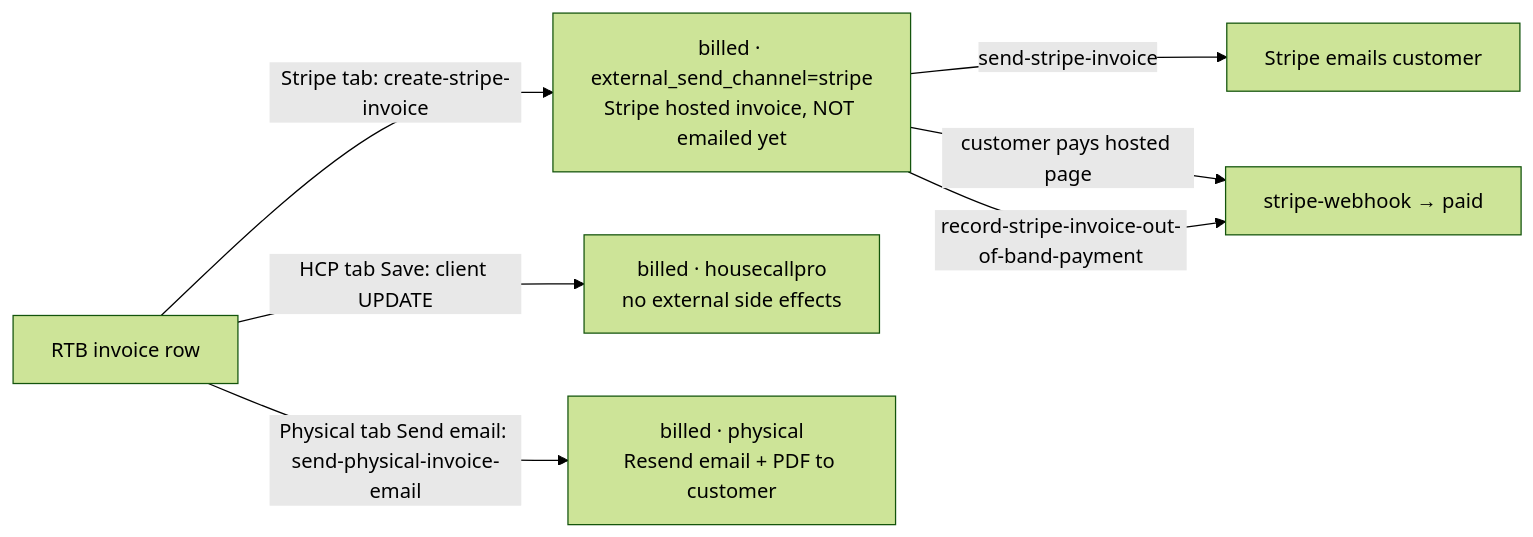
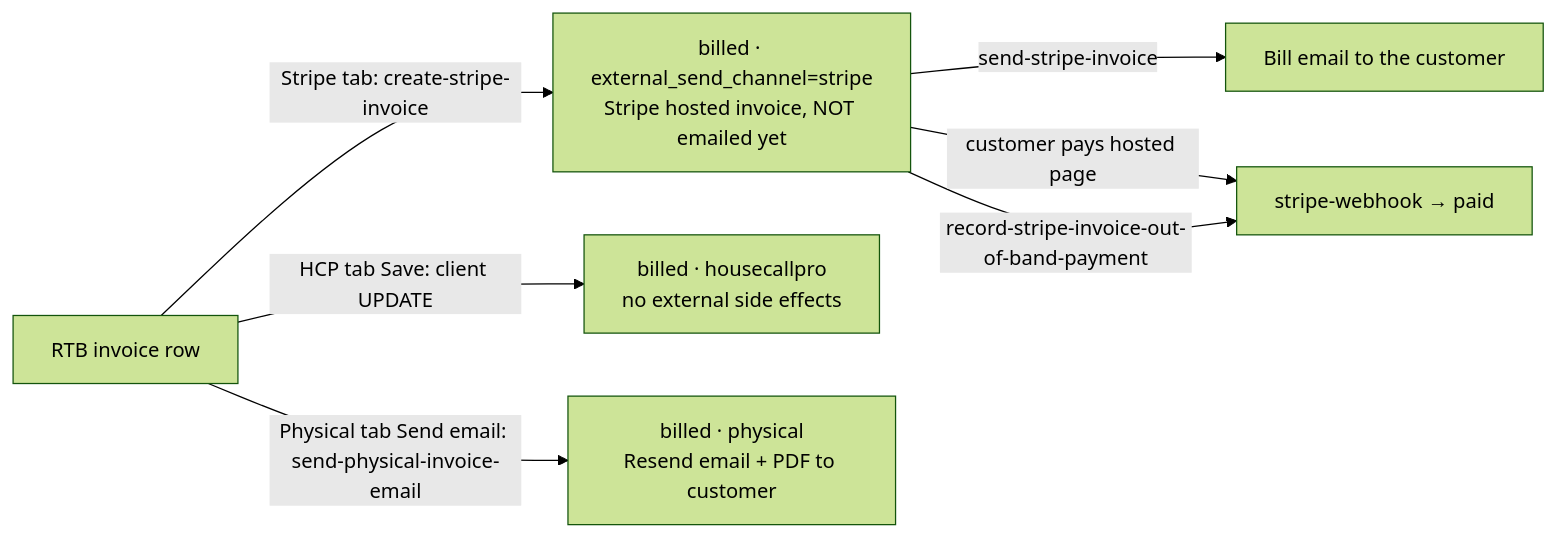
One commit to clickconstruction/pipetooling.github.io changed the second of 2 diagrams in docs/BILLING_FLOWS.md. Above: the diagram before and after it, drawn with Mermaid (forest theme). The commit also changed other lines of this file and 39 other files, not shown here.

````diff
--- a/docs/BILLING_FLOWS.md
+++ b/docs/BILLING_FLOWS.md
@@ -158,9 +158,9 @@
 ```mermaid
 flowchart LR
     RTB[RTB invoice row] -->|Stripe tab: create-stripe-invoice| S[billed · external_send_channel=stripe\nStripe hosted invoice, NOT emailed yet]
     RTB -->|HCP tab Save: client UPDATE| H[billed · housecallpro\nno external side effects]
     RTB -->|Physical tab Send email: send-physical-invoice-email| P[billed · physical\nResend email + PDF to customer]
-    S -->|send-stripe-invoice| E[Stripe emails customer]
+    S -->|send-stripe-invoice| E[Bill email to the customer]
     S -->|customer pays hosted page| W[stripe-webhook → paid]
     S -->|record-stripe-invoice-out-of-band-payment| W
 ```
````
